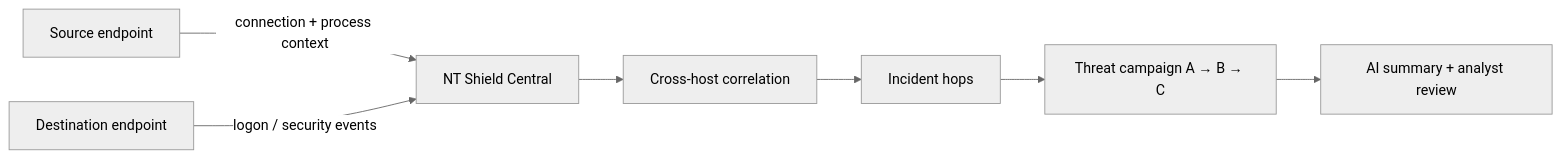
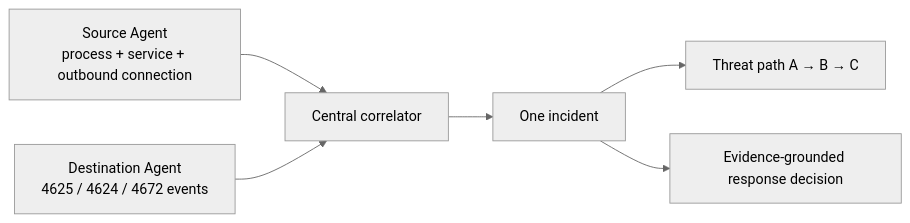
The fourth of 4 diagrams in README.md (paddman/Shield), drawn with Mermaid (neutral theme) before and after one commit. The commit also changed other lines of this file and 32 other files, not shown here.

First line of the commit message:
security: harden NT Shield control plane and signed response flow (v1.3.1)

````diff
--- a/README.md
+++ b/README.md
@@ -200,9 +211,10 @@
 ```mermaid
 flowchart LR
-  A[Source endpoint] -->|connection + process context| C[NT Shield Central]
-  B[Destination endpoint] -->|logon / security events| C
-  C --> D[Cross-host correlation]
-  D --> E[Incident hops]
-  E --> F[Threat campaign A → B → C]
-  F --> G[AI summary + analyst review]
+  S[Source Agent\nprocess + service + outbound connection]
+  D[Destination Agent\n4625 / 4624 / 4672 events]
+  S --> C[Central correlator]
+  D --> C
+  C --> I[One incident]
+  I --> P[Threat path A → B → C]
+  I --> R[Evidence-grounded response decision]
 ```
````
